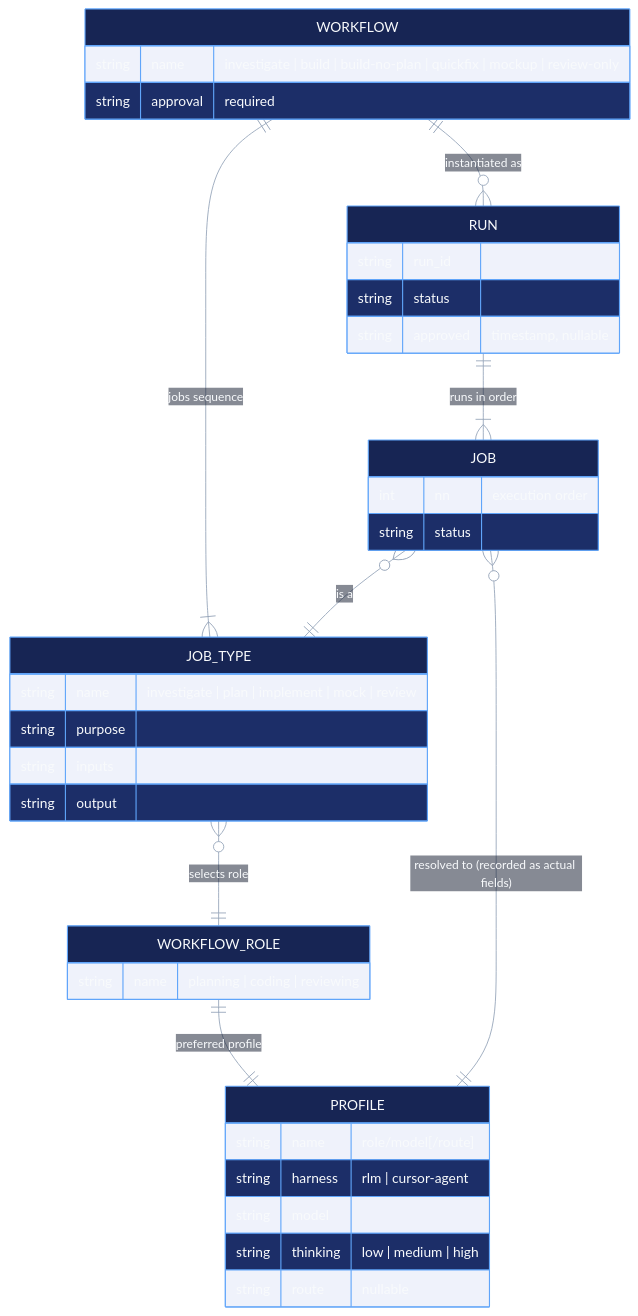
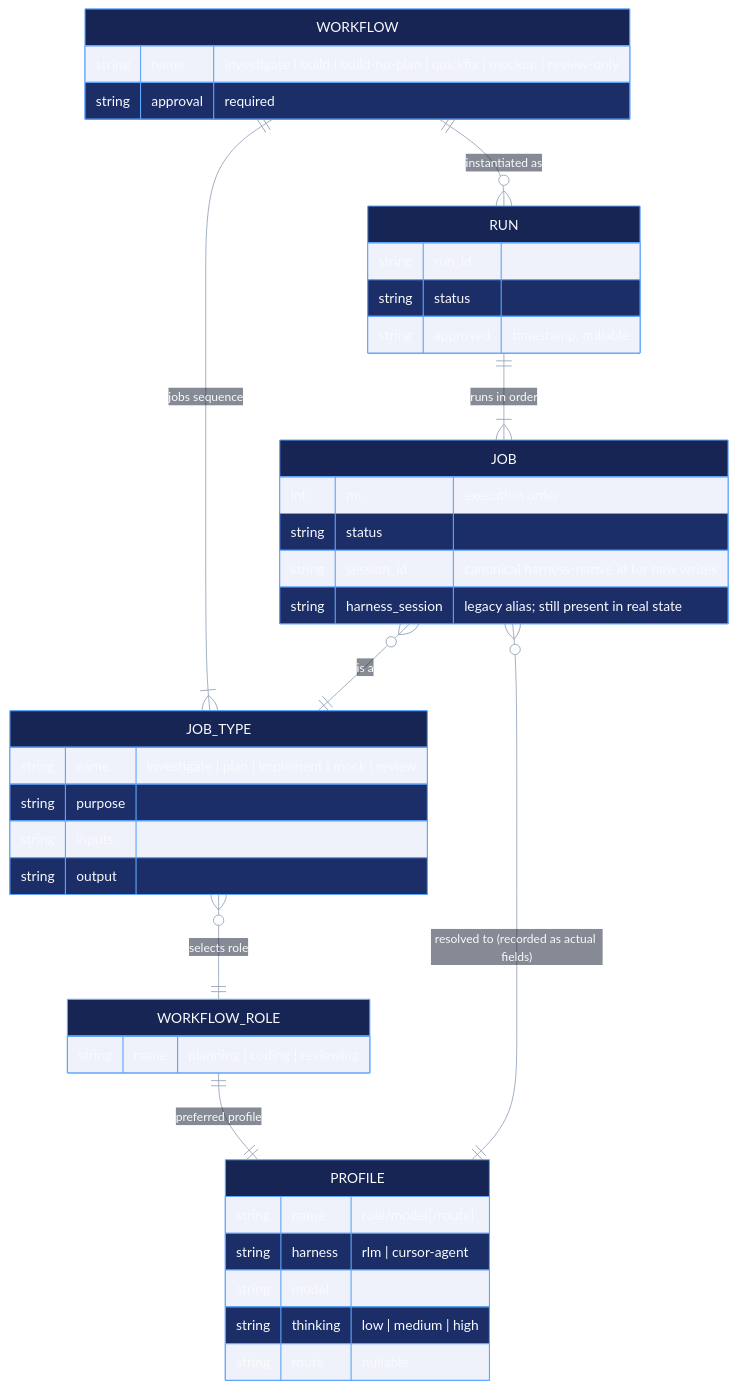
The second of 3 diagrams in docs/ARCHITECTURE.md (danielbush/pi-worker-agent), drawn with Mermaid before and after one commit. The commit also changed other lines of this file and 6 other files, not shown here.

````diff
--- a/docs/ARCHITECTURE.md
+++ b/docs/ARCHITECTURE.md
@@ -142,41 +142,43 @@
 ```mermaid
 %%{init: {"theme": "base", "themeVariables": {"background": "#080d18", "primaryColor": "#172554", "primaryTextColor": "#f8fafc", "primaryBorderColor": "#60a5fa", "secondaryColor": "#111827", "secondaryTextColor": "#f8fafc", "secondaryBorderColor": "#94a3b8", "tertiaryColor": "#0f172a", "tertiaryTextColor": "#f8fafc", "tertiaryBorderColor": "#475569", "lineColor": "#94a3b8", "textColor": "#f8fafc", "titleColor": "#f8fafc", "clusterBkg": "#0f172a", "clusterBorder": "#475569", "edgeLabelBackground": "#080d18"}}}%%
 erDiagram
     PROFILE {
         string name  "role/model[/route]"
         string harness  "rlm | cursor-agent"
         string model
         string thinking  "low | medium | high"
         string route  "nullable"
     }
     WORKFLOW_ROLE {
         string name  "planning | coding | reviewing"
     }
     JOB_TYPE {
         string name  "investigate | plan | implement | mock | review"
         string purpose
         string inputs
         string output
     }
     WORKFLOW {
         string name  "investigate | build | build-no-plan | quickfix | mockup | review-only"
         string approval  "required"
     }
     RUN {
         string run_id
         string status
         string approved  "timestamp, nullable"
     }
     JOB {
         int nn  "execution order"
         string status
+        string session_id  "canonical harness-native id for new writes"
+        string harness_session  "legacy alias; still present in real state"
     }
 
     WORKFLOW_ROLE ||--|| PROFILE : "preferred profile"
     JOB_TYPE }o--|| WORKFLOW_ROLE : "selects role"
     WORKFLOW ||--|{ JOB_TYPE : "jobs sequence"
     WORKFLOW ||--o{ RUN : "instantiated as"
     RUN ||--|{ JOB : "runs in order"
     JOB }o--|| JOB_TYPE : "is a"
     JOB }o--|| PROFILE : "resolved to (recorded as actual fields)"
 ```
````
